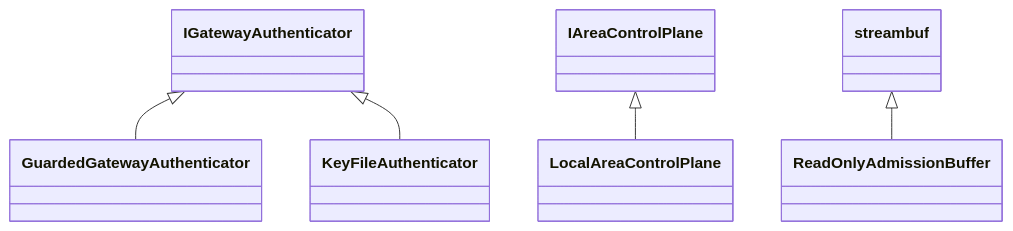
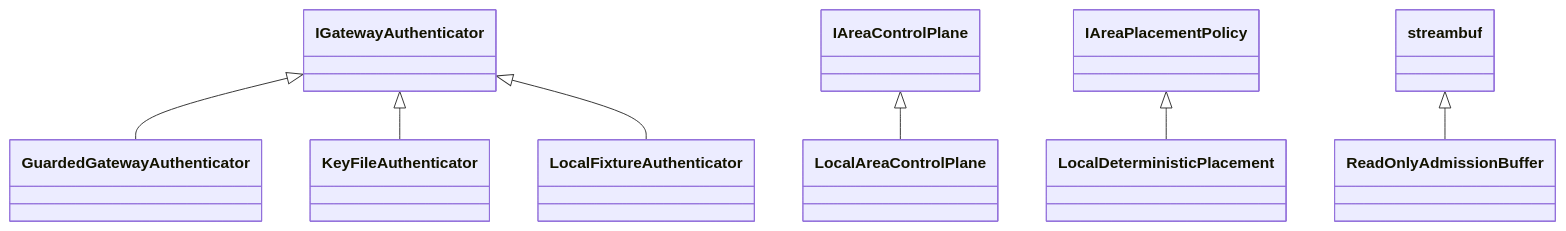
The sixth of 8 diagrams in wiki/reference/Class-Hierarchy.md (Krilliac/SparkEngine), drawn with Mermaid before and after one commit. The commit also changed other lines of this file and 19 other files, not shown here.

```diff
--- a/wiki/reference/Class-Hierarchy.md
+++ b/wiki/reference/Class-Hierarchy.md
@@ -368,7 +375,9 @@
 ~~~mermaid
 classDiagram
     IGatewayAuthenticator <|-- GuardedGatewayAuthenticator
     IGatewayAuthenticator <|-- KeyFileAuthenticator
     IAreaControlPlane <|-- LocalAreaControlPlane
+    IAreaPlacementPolicy <|-- LocalDeterministicPlacement
+    IGatewayAuthenticator <|-- LocalFixtureAuthenticator
     streambuf <|-- ReadOnlyAdmissionBuffer
 ~~~
```
